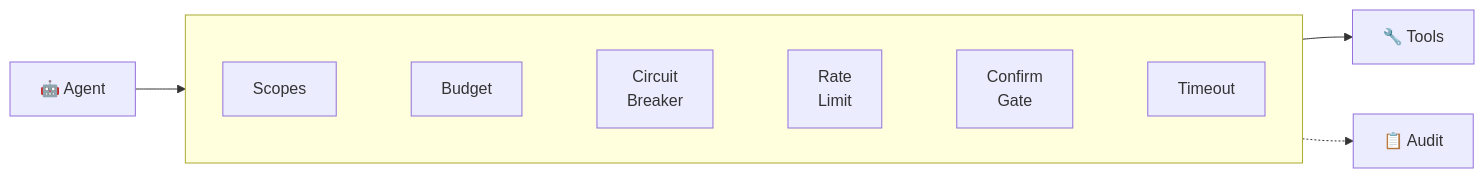
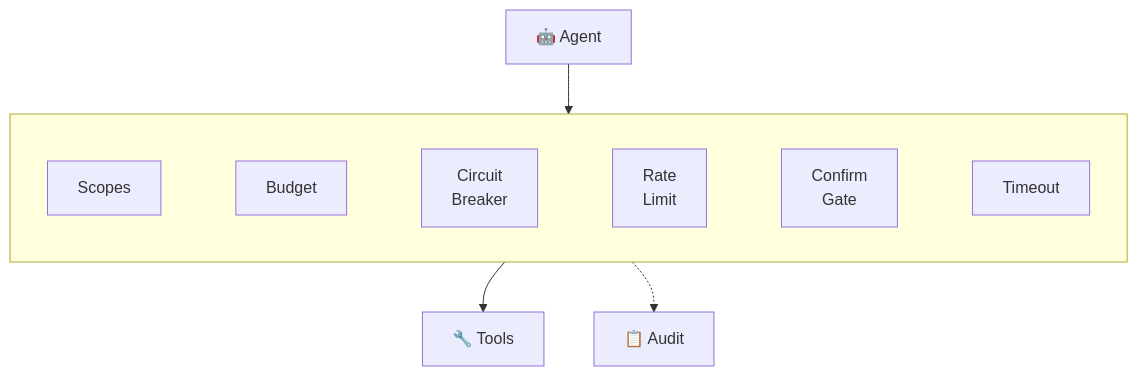
The diagram in README.md (arunvenkatadri/clawboss), drawn with Mermaid before and after one commit.

Commit message:
Change diagram to vertical flow with horizontal checks
Agent flows down through the supervision layer to tools,
but the checks inside the layer are side by side.

````diff
--- a/README.md
+++ b/README.md
@@ -27,10 +27,10 @@
 ```mermaid
-flowchart LR
+flowchart TB
     Agent["🤖 Agent"] --> Clawboss
     subgraph Clawboss[" "]
         direction LR
         S["Scopes"] ~~~ B["Budget"] ~~~ C["Circuit\nBreaker"] ~~~ R["Rate\nLimit"] ~~~ G["Confirm\nGate"] ~~~ T["Timeout"]
     end
     Clawboss --> Tools["🔧 Tools"]
     Clawboss -.-> Audit["📋 Audit"]
 ```
````
